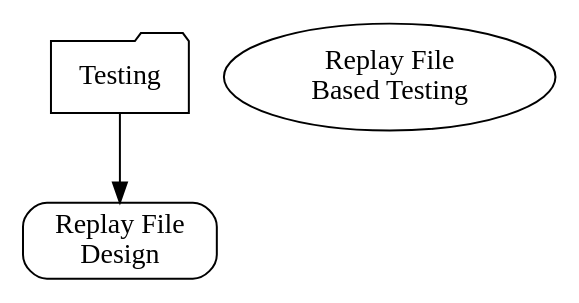
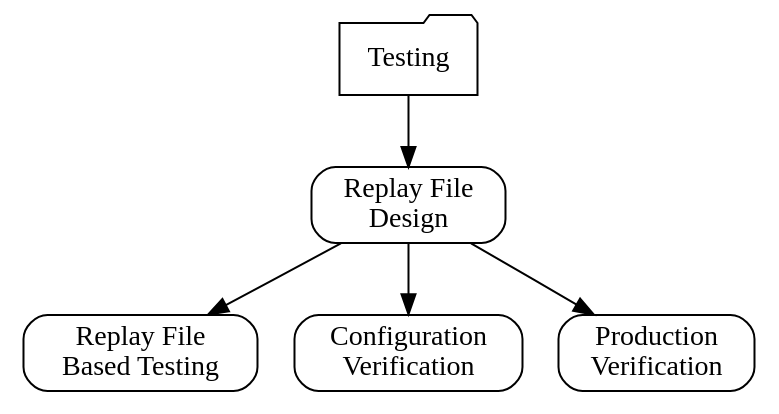
Before and after one commit to xf6wang/ts-docs: the diagram in testing.en.rst, drawn with Graphviz. The commit also changed other lines of this file and 2 other files, not shown here.

```diff
--- a/testing.en.rst
+++ b/testing.en.rst
@@ -69,9 +80,12 @@
 .. graphviz::
 
    digraph {
        testing_project [label="Testing" shape=folder];
        replay_file_design [label="Replay File\nDesign" shape=rect style=rounded];
-       replay_file_testing [label="Replay File\nBased Testing"]
+       replay_file_testing [label="Replay File\nBased Testing" shape=rect style=rounded]
+       configuration_verification [label="Configuration\nVerification" shape=rect style=rounded]
+       production_verification [label="Production\nVerification" shape=rect style=rounded]
 
        testing_project -> {replay_file_design};
+       replay_file_design -> {production_verification, configuration_verification, replay_file_testing}
    }
```
